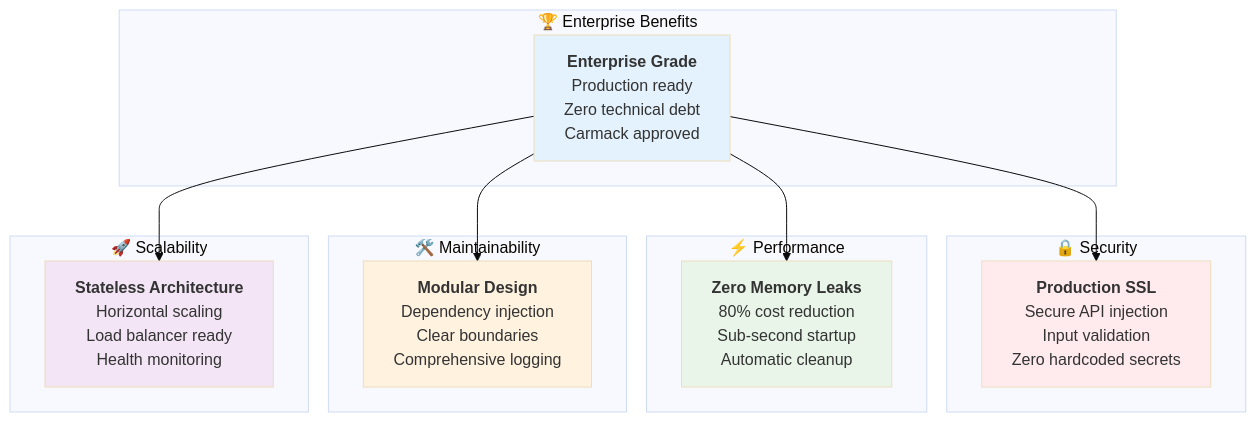
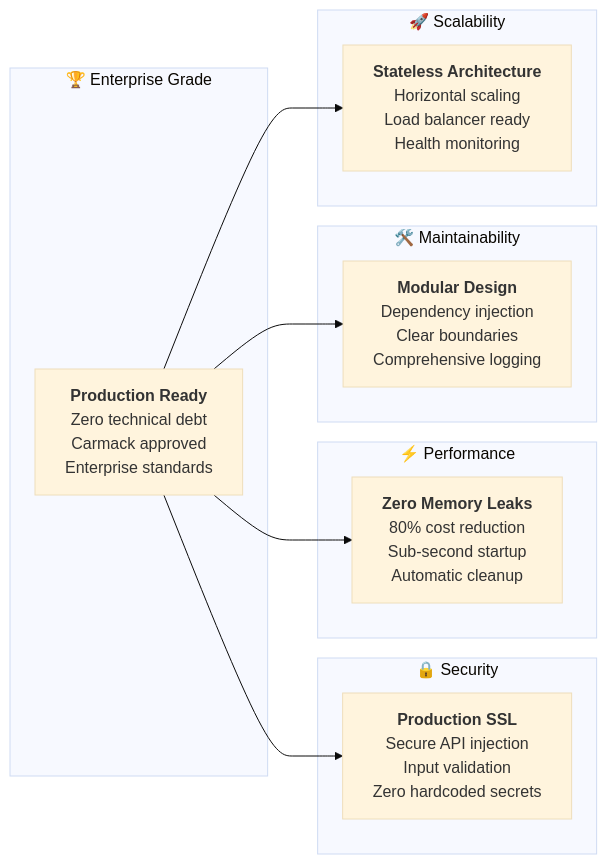
Diagram 11 of 13 in README.md (Surebob/discord-claude), drawn with Mermaid (base theme) before and after one commit. The commit also changed other lines of this file, not shown here.

````diff
--- a/README.md
+++ b/README.md
@@ -560,48 +552,42 @@
 ```mermaid
-graph TB
-    subgraph "🏆 Enterprise Benefits"
-        Enterprise["`**Enterprise Grade**
-        Production ready
+graph LR
+    subgraph "🏆 Enterprise Grade"
+        Enterprise["`**Production Ready**
         Zero technical debt
-        Carmack approved`"]
+        Carmack approved
+        Enterprise standards`"]
     end
     
     subgraph "🔒 Security"
         Security["`**Production SSL**
         Secure API injection
         Input validation
         Zero hardcoded secrets`"]
     end
     
     subgraph "⚡ Performance"
         Performance["`**Zero Memory Leaks**
         80% cost reduction
         Sub-second startup
         Automatic cleanup`"]
     end
     
     subgraph "🛠️ Maintainability"
         Maintainability["`**Modular Design**
         Dependency injection
         Clear boundaries
         Comprehensive logging`"]
     end
     
     subgraph "🚀 Scalability"
         Scalability["`**Stateless Architecture**
         Horizontal scaling
         Load balancer ready
         Health monitoring`"]
     end
     
     Enterprise --> Security
     Enterprise --> Performance
     Enterprise --> Maintainability
     Enterprise --> Scalability
-    
-    style Enterprise fill:#e3f2fd
-    style Security fill:#ffebee
-    style Performance fill:#e8f5e8
-    style Maintainability fill:#fff3e0
-    style Scalability fill:#f3e5f5
 ```
````
